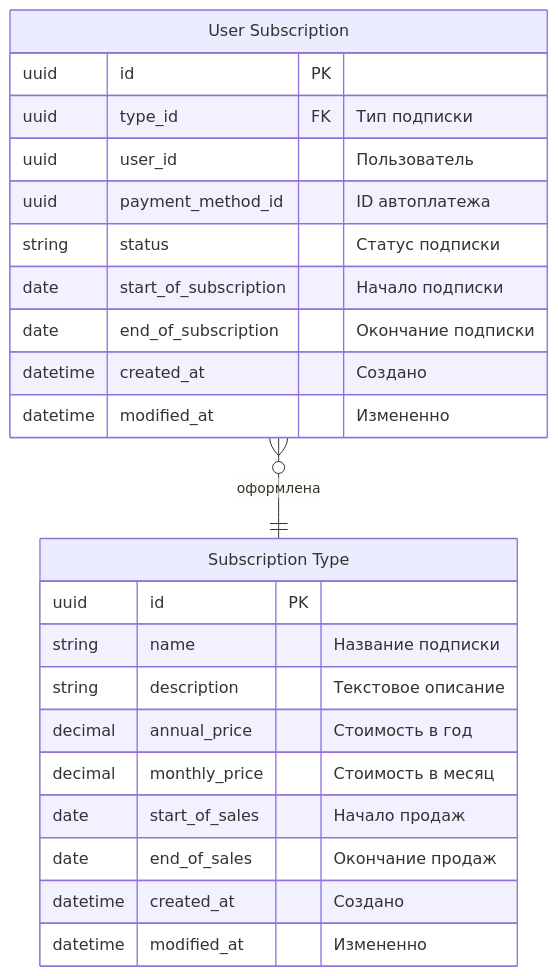
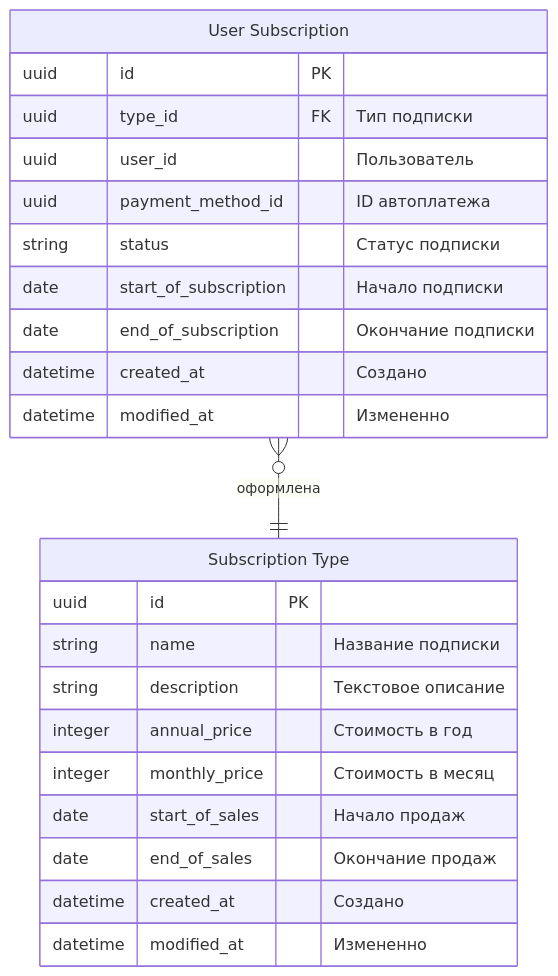
Before and after one commit to smb13/graduate_work: the diagram in architecture/erd_subscriptions.md, drawn with Mermaid. The commit also changed 8 other files, not shown here.

````diff
--- a/architecture/erd_subscriptions.md
+++ b/architecture/erd_subscriptions.md
@@ -3,29 +3,29 @@
 ```mermaid
 erDiagram
     subscription-type["Subscription Type"] {
         uuid id PK
         string name "Название подписки"
         string description "Текстовое описание"
-        decimal annual_price "Стоимость в год"
-        decimal monthly_price "Стоимость в месяц"
+        integer annual_price "Стоимость в год"
+        integer monthly_price "Стоимость в месяц"
         date start_of_sales "Начало продаж"
         date end_of_sales "Окончание продаж"
         datetime created_at "Создано"
         datetime modified_at "Измененно"
     }
     
     user-subscription["User Subscription"] {
         uuid id PK
         uuid type_id FK "Тип подписки"
         uuid user_id "Пользователь"
         uuid payment_method_id "ID автоплатежа"
         string status "Статус подписки"
         date start_of_subscription "Начало подписки"
         date end_of_subscription "Окончание подписки"
         datetime created_at "Создано"
         datetime modified_at "Измененно"
     }
 
     user-subscription }o--|| subscription-type : "оформлена"
 
 ```
````
